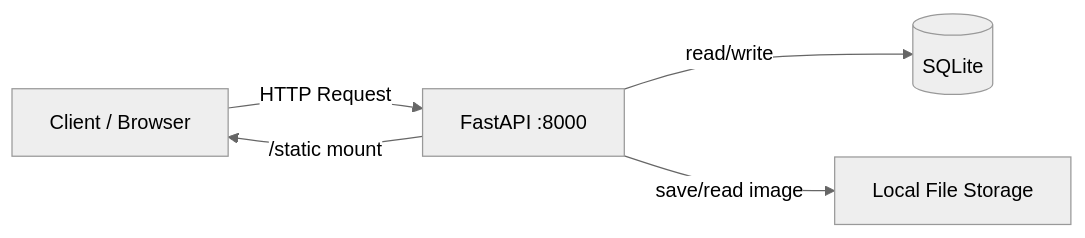
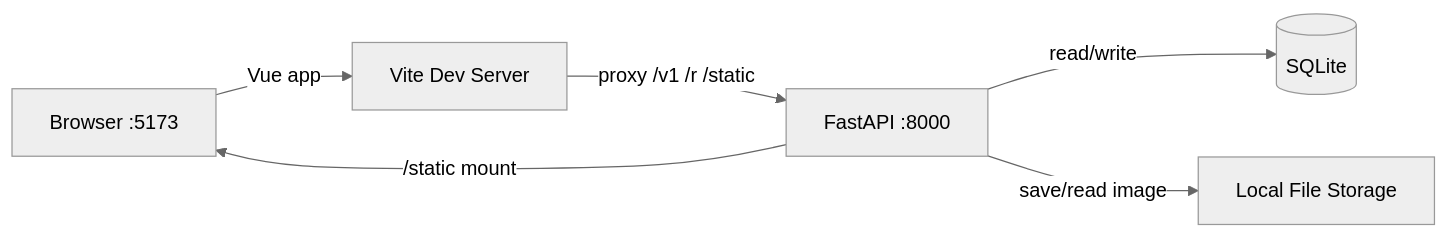
Before and after one commit to HarryYehhhh/qr-code-generator: the first of 2 diagrams in README.md, drawn with Mermaid (neutral theme). The commit also changed other lines of this file and 1 other file, not shown here.

````diff
--- a/README.md
+++ b/README.md
@@ -19,12 +24,14 @@
 ```mermaid
 graph LR
-    Client[Client / Browser]
+    Browser[Browser :5173]
+    Vite[Vite Dev Server]
     API[FastAPI :8000]
     DB[(SQLite)]
     FS[Local File Storage]
 
-    Client -->|HTTP Request| API
+    Browser -->|Vue app| Vite
+    Vite -->|proxy /v1 /r /static| API
     API -->|read/write| DB
     API -->|save/read image| FS
-    API -->|/static mount| Client
+    API -->|/static mount| Browser
 ```
````
